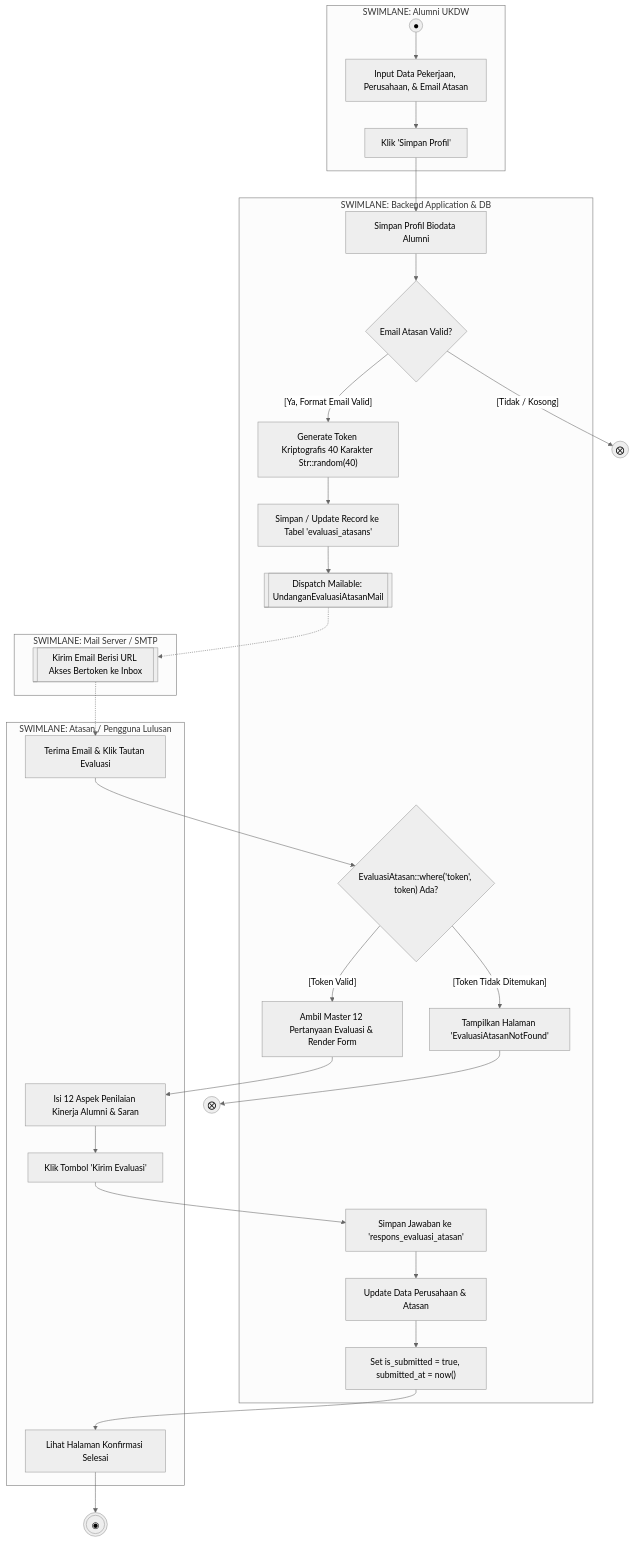
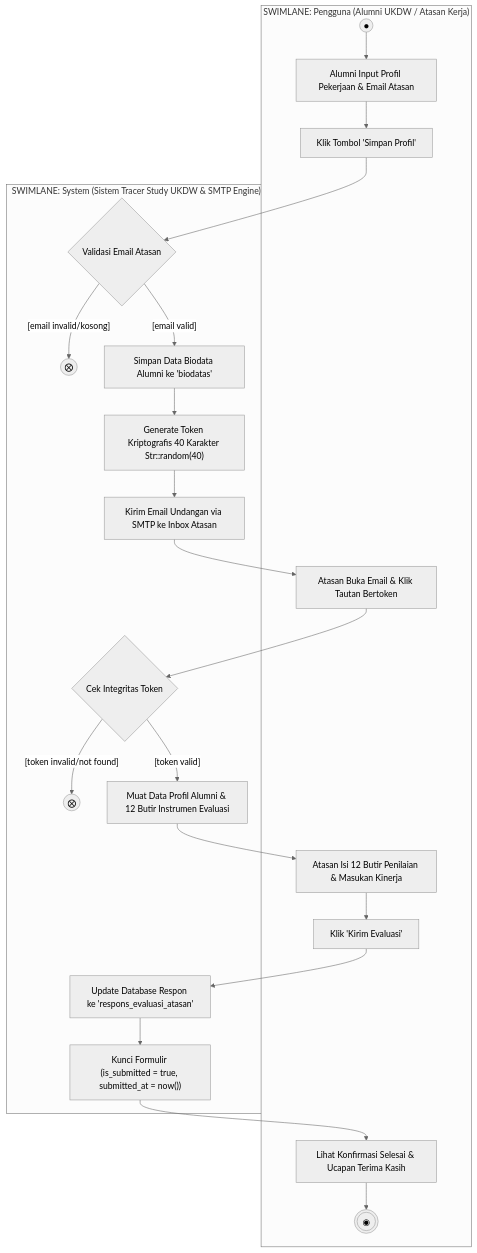
One commit to claraanjelitakd/tracer-ta changed the third of 4 diagrams in docs/activitydiagram.md. Above: the diagram before and after it, drawn with Mermaid (neutral theme). The commit also changed other lines of this file and 8 other files, not shown here.

Commit message:
docs: standarisasi UML Activity Diagram ke format 2-swimlane Sundaramoorthy dan tambahkan visual grafis retina

````diff
--- a/docs/activitydiagram.md
+++ b/docs/activitydiagram.md
@@ -276,59 +357,48 @@
 ```mermaid
 flowchart TD
-    %% SWIMLANES DEFINITION
-    subgraph Alumni_Actor["SWIMLANE: Alumni UKDW"]
-        Al_Start((●)) --> Al_InputKarier["Input Data Pekerjaan, Perusahaan, & Email Atasan"]
-        Al_Submit["Klik 'Simpan Profil'"]
+    %% SWIMLANE 1: USER (ALUMNI & ATASAN)
+    subgraph User_Lane["SWIMLANE: Pengguna (Alumni UKDW / Atasan Kerja)"]
+        U_Start((●)) --> Al_InputKarier["Alumni Input Profil Pekerjaan & Email Atasan"]
+        Al_InputKarier --> Al_Submit["Klik Tombol 'Simpan Profil'"]
+        
+        At_OpenEmail["Atasan Buka Email & Klik Tautan Bertoken"]
+        At_FillSurvey["Atasan Isi 12 Butir Penilaian & Masukan Kinerja"]
+        At_SubmitEval["Klik 'Kirim Evaluasi'"]
+        At_ShowThankYou["Lihat Konfirmasi Selesai & Ucapan Terima Kasih"]
+        EndEvalSuccess(((◉)))
     end
 
-    subgraph Backend_App["SWIMLANE: Backend Application & DB"]
-        B_ValProfile{"Email Atasan Valid?"}
-        B_SaveBio["Simpan Profil Biodata Alumni"]
-        B_GenToken["Generate Token Kriptografis 40 Karakter Str::random(40)"]
-        B_SaveEval["Simpan / Update Record ke Tabel 'evaluasi_atasans'"]
-        B_DispatchMail[["Dispatch Mailable: UndanganEvaluasiAtasanMail"]]
-        B_TokenCheck{"EvaluasiAtasan::where('token', token) Ada?"}
-        B_RenderNotFound["Tampilkan Halaman 'EvaluasiAtasanNotFound'"]
-        B_LoadSurvey["Ambil Master 12 Pertanyaan Evaluasi & Render Form"]
-        B_SaveResponses["Simpan Jawaban ke 'respons_evaluasi_atasan'"]
-        B_UpdateCo["Update Data Perusahaan & Atasan"]
-        B_LockForm["Set is_submitted = true, submitted_at = now()"]
+    %% SWIMLANE 2: SYSTEM
+    subgraph System_Lane["SWIMLANE: System (Sistem Tracer Study UKDW & SMTP Engine)"]
+        S_ValEmail{"Validasi Email Atasan"}
+        FlowEmailInvalid((⨂))
+        S_SaveBio["Simpan Data Biodata Alumni ke 'biodatas'"]
+        S_GenToken["Generate Token Kriptografis 40 Karakter Str::random(40)"]
+        S_SendMail["Kirim Email Undangan via SMTP ke Inbox Atasan"]
+        
+        S_ValToken{"Cek Integritas Token"}
+        FlowTokenInvalid((⨂))
+        S_LoadSurvey["Muat Data Profil Alumni & 12 Butir Instrumen Evaluasi"]
+        
+        S_UpdateDB["Update Database Respon ke 'respons_evaluasi_atasan'"]
+        S_LockForm["Kunci Formulir (is_submitted = true, submitted_at = now())"]
     end
 
-    subgraph Mail_Gateway["SWIMLANE: Mail Server / SMTP"]
-        M_Send[["Kirim Email Berisi URL Akses Bertoken ke Inbox"]]
-    end
-
-    subgraph Atasan_Actor["SWIMLANE: Atasan / Pengguna Lulusan"]
-        At_OpenEmail["Terima Email & Klik Tautan Evaluasi"]
-        At_FillSurvey["Isi 12 Aspek Penilaian Kinerja Alumni & Saran"]
-        At_SubmitEval["Klik Tombol 'Kirim Evaluasi'"]
-        At_ShowThankYou["Lihat Halaman Konfirmasi Selesai"]
-    end
-
-    %% FLOW TRANSITIONS
-    Al_InputKarier --> Al_Submit
-    Al_Submit --> B_SaveBio
-    B_SaveBio --> B_ValProfile
-
-    B_ValProfile -- "[Tidak / Kosong]" --> FlowSkipMail((⨂))
-    B_ValProfile -- "[Ya, Format Email Valid]" --> B_GenToken
-
-    B_GenToken --> B_SaveEval
-    B_SaveEval --> B_DispatchMail
-    B_DispatchMail -.-> M_Send
-    M_Send -.-> At_OpenEmail
-
-    At_OpenEmail --> B_TokenCheck
-    B_TokenCheck -- "[Token Tidak Ditemukan]" --> B_RenderNotFound --> FlowFinalNotFound((⨂))
-    B_TokenCheck -- "[Token Valid]" --> B_LoadSurvey
-
-    B_LoadSurvey --> At_FillSurvey
+    %% TRANSISI LINTAS SWIMLANE
+    Al_Submit --> S_ValEmail
+    S_ValEmail -- "[email invalid/kosong]" --> FlowEmailInvalid
+    S_ValEmail -- "[email valid]" --> S_SaveBio
+    S_SaveBio --> S_GenToken
+    S_GenToken --> S_SendMail
+    S_SendMail --> At_OpenEmail
+    
+    At_OpenEmail --> S_ValToken
+    S_ValToken -- "[token invalid/not found]" --> FlowTokenInvalid
+    S_ValToken -- "[token valid]" --> S_LoadSurvey
+    S_LoadSurvey --> At_FillSurvey
     At_FillSurvey --> At_SubmitEval
-    At_SubmitEval --> B_SaveResponses
-
-    B_SaveResponses --> B_UpdateCo
-    B_UpdateCo --> B_LockForm
-    B_LockForm --> At_ShowThankYou
-    At_ShowThankYou --> EndEval(((◉)))
+    At_SubmitEval --> S_UpdateDB
+    S_UpdateDB --> S_LockForm
+    S_LockForm --> At_ShowThankYou
+    At_ShowThankYou --> EndEvalSuccess
 ```
````
